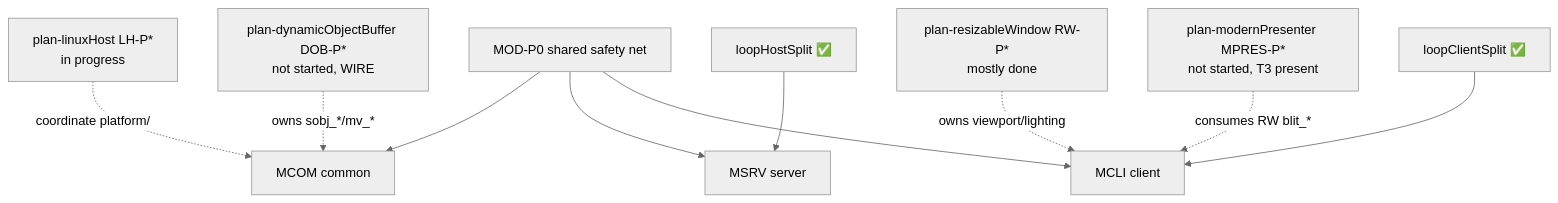
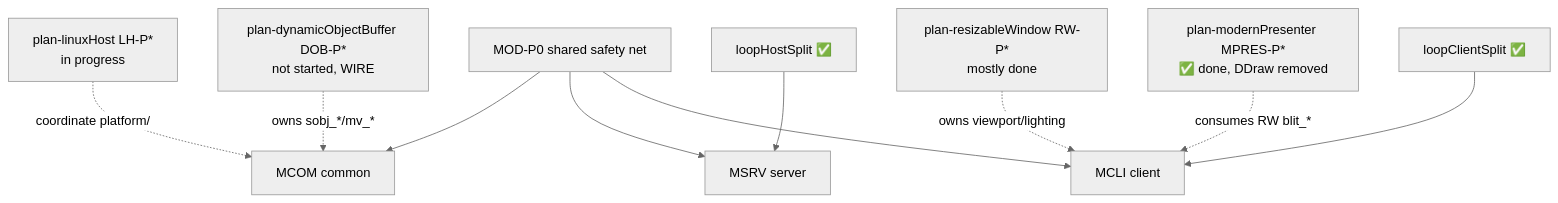
The diagram in docs/plans/todo/modernization/README.md (CearDragon/ultima-vi-online), drawn with Mermaid (neutral theme) before and after one commit. The commit also changed other lines of this file and 4259 other files, not shown here.

````diff
--- a/docs/plans/todo/modernization/README.md
+++ b/docs/plans/todo/modernization/README.md
@@ -129,13 +129,13 @@
 ```mermaid
 flowchart TD
     P0[MOD-P0 shared safety net] --> CM[MCOM common]
     P0 --> SV[MSRV server]
     P0 --> CL[MCLI client]
 
     LH[plan-linuxHost LH-P*<br/>in progress] -. coordinate platform/ .-> CM
     DOB[plan-dynamicObjectBuffer DOB-P*<br/>not started, WIRE] -. owns sobj_*/mv_* .-> CM
     RW[plan-resizableWindow RW-P*<br/>mostly done] -. owns viewport/lighting .-> CL
-    MPRES[plan-modernPresenter MPRES-P*<br/>not started, T3 present] -. consumes RW blit_* .-> CL
+    MPRES[plan-modernPresenter MPRES-P*<br/>✅ done, DDraw removed] -. consumes RW blit_* .-> CL
     LCS[loopClientSplit ✅] --> CL
     LHS[loopHostSplit ✅] --> SV
 ```
````
